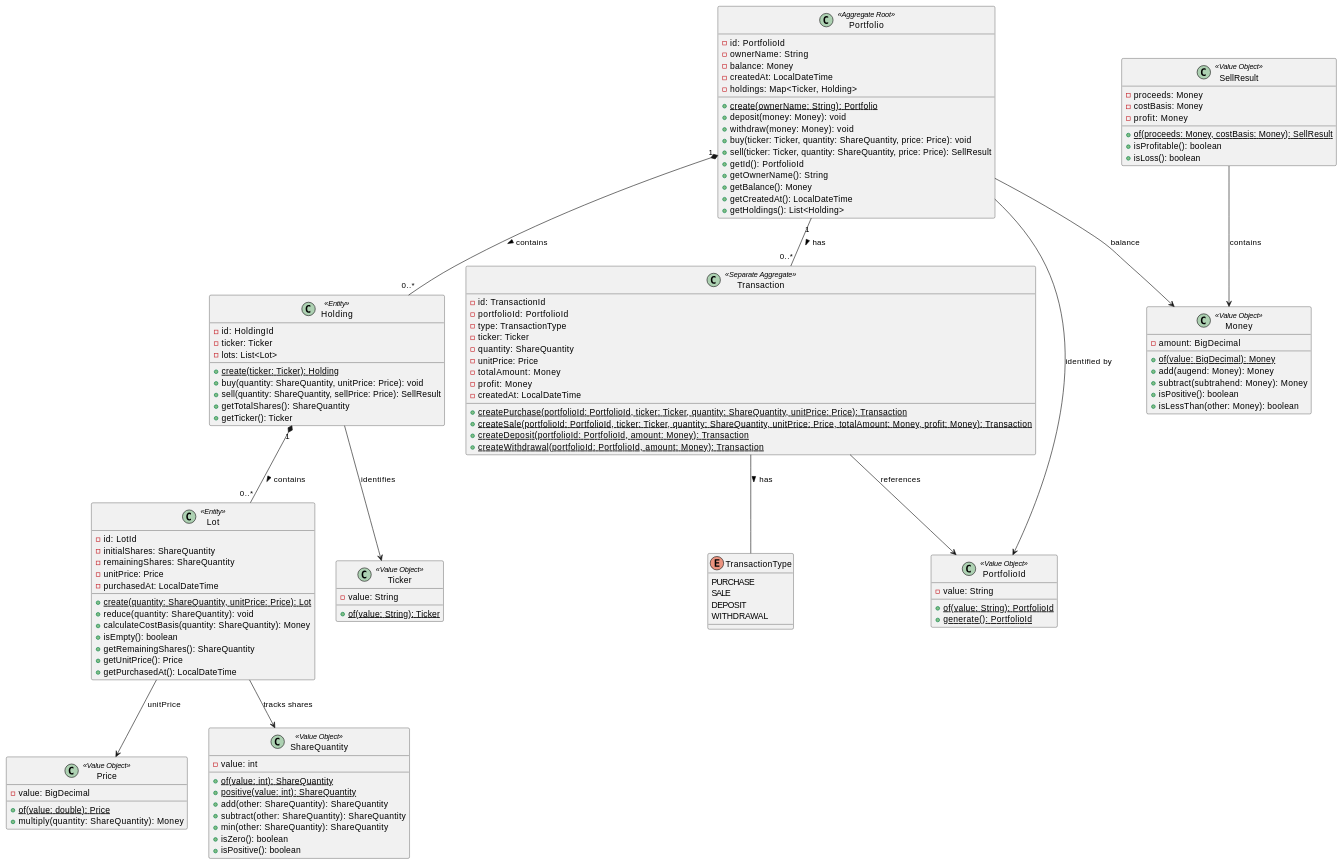
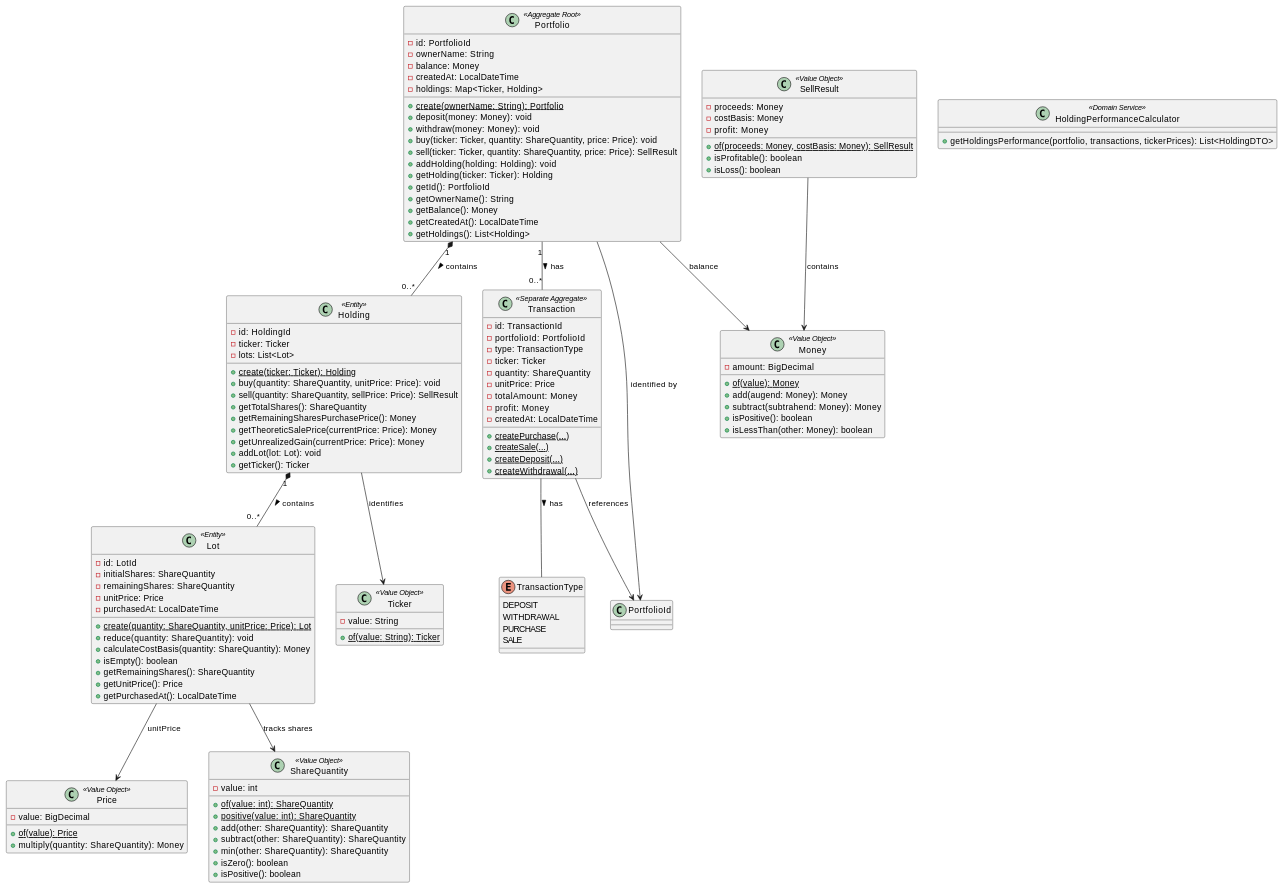
One commit to alfredorueda/HexaStock changed the diagram in doc/stock-portfolio-api-specification.md. Above: the diagram before and after it, drawn with PlantUML. The commit also changed other lines of this file, not shown here.

Commit message:
docs: rewrite API specification to reflect implemented endpoints, domain model, and error contract

````diff
--- a/doc/stock-portfolio-api-specification.md
+++ b/doc/stock-portfolio-api-specification.md
@@ -552,6 +624,5 @@
 ```plantuml
 @startuml "Portfolio Domain Model"
-
 class Portfolio <<Aggregate Root>> {
   -id: PortfolioId
   -ownerName: String
@@ -563,6 +634,8 @@
   +withdraw(money: Money): void
   +buy(ticker: Ticker, quantity: ShareQuantity, price: Price): void
   +sell(ticker: Ticker, quantity: ShareQuantity, price: Price): SellResult
+  +addHolding(holding: Holding): void
+  +getHolding(ticker: Ticker): Holding
   +getId(): PortfolioId
   +getOwnerName(): String
   +getBalance(): Money
@@ -578,6 +651,10 @@
   +buy(quantity: ShareQuantity, unitPrice: Price): void
   +sell(quantity: ShareQuantity, sellPrice: Price): SellResult
   +getTotalShares(): ShareQuantity
+  +getRemainingSharesPurchasePrice(): Money
+  +getTheoreticSalePrice(currentPrice: Price): Money
+  +getUnrealizedGain(currentPrice: Price): Money
+  +addLot(lot: Lot): void
   +getTicker(): Ticker
 }
 
@@ -606,17 +683,17 @@
   -totalAmount: Money
   -profit: Money
   -createdAt: LocalDateTime
-  +{static} createPurchase(portfolioId: PortfolioId, ticker: Ticker, quantity: ShareQuantity, unitPrice: Price): Transaction
-  +{static} createSale(portfolioId: PortfolioId, ticker: Ticker, quantity: ShareQuantity, unitPrice: Price, totalAmount: Money, profit: Money): Transaction
-  +{static} createDeposit(portfolioId: PortfolioId, amount: Money): Transaction
-  +{static} createWithdrawal(portfolioId: PortfolioId, amount: Money): Transaction
+  +{static} createPurchase(...)
+  +{static} createSale(...)
+  +{static} createDeposit(...)
+  +{static} createWithdrawal(...)
 }
 
 enum TransactionType {
+  DEPOSIT
+  WITHDRAWAL
   PURCHASE
   SALE
-  DEPOSIT
-  WITHDRAWAL
 }
 
 class SellResult <<Value Object>> {
@@ -630,7 +707,7 @@
 
 class Money <<Value Object>> {
   -amount: BigDecimal
-  +{static} of(value: BigDecimal): Money
+  +{static} of(value): Money
   +add(augend: Money): Money
   +subtract(subtrahend: Money): Money
   +isPositive(): boolean
@@ -639,7 +716,7 @@
 
 class Price <<Value Object>> {
   -value: BigDecimal
-  +{static} of(value: double): Price
+  +{static} of(value): Price
   +multiply(quantity: ShareQuantity): Money
 }
 
@@ -659,17 +736,14 @@
   +{static} of(value: String): Ticker
 }
 
-class PortfolioId <<Value Object>> {
-  -value: String
-  +{static} of(value: String): PortfolioId
-  +{static} generate(): PortfolioId
+class HoldingPerformanceCalculator <<Domain Service>> {
+  +getHoldingsPerformance(portfolio, transactions, tickerPrices): List<HoldingDTO>
 }
 
 Portfolio "1" *-- "0..*" Holding : contains >
 Holding "1" *-- "0..*" Lot : contains >
 Portfolio "1" -- "0..*" Transaction : has >
 Transaction -- TransactionType : has >
-
 Portfolio --> PortfolioId : identified by
 Portfolio --> Money : balance
 Holding --> Ticker : identifies
@@ -677,6 +751,5 @@
 Lot --> Price : unitPrice
 Transaction --> PortfolioId : references
 SellResult --> Money : contains
-
 @enduml
 ```
````
